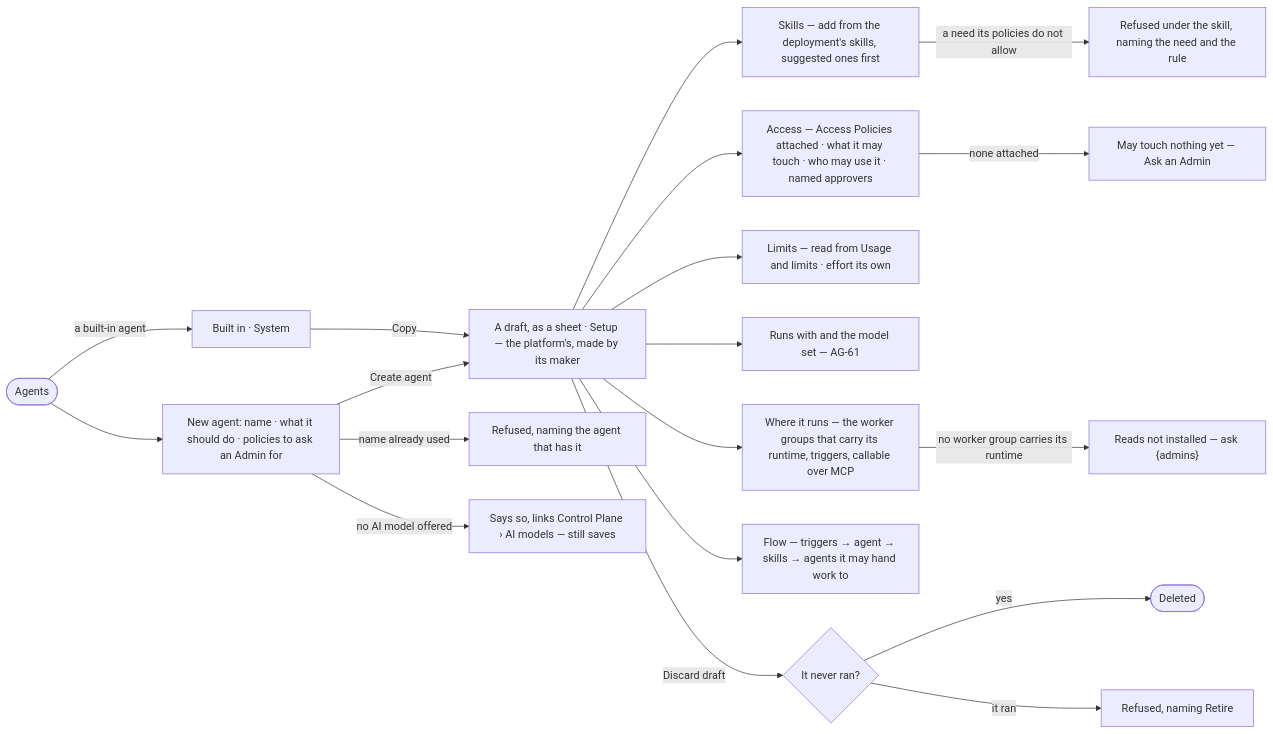
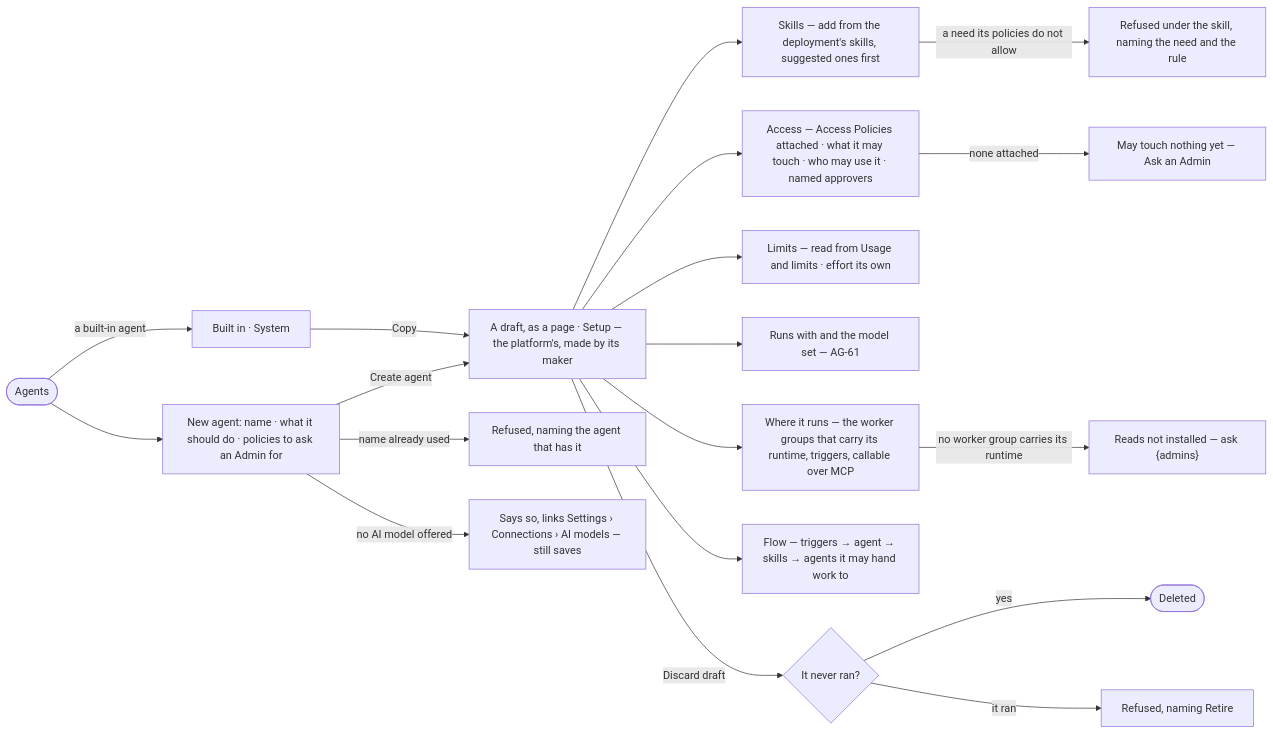
The diagram in specs/capabilities/agents/features/AG-F01-build-an-agent/stories/AG-21-draft-an-agent-and-see-what-it-will-do/story.md (invana/invana), drawn with Mermaid before and after one commit. The commit also changed other lines of this file and 456 other files, not shown here.

````diff
--- a/specs/capabilities/agents/features/AG-F01-build-an-agent/stories/AG-21-draft-an-agent-and-see-what-it-will-do/story.md
+++ b/specs/capabilities/agents/features/AG-F01-build-an-agent/stories/AG-21-draft-an-agent-and-see-what-it-will-do/story.md
@@ -30,20 +29,20 @@
 ```mermaid
 flowchart LR
   a([Agents]) --> n["New agent: name · what it should do · policies to ask an Admin for"]
   a -->|a built-in agent| bi["Built in · System"] -->|Copy| d
   n -->|name already used| x1["Refused, naming the agent that has it"]
-  n -->|no AI model offered| x3["Says so, links Control Plane › AI models — still saves"]
-  n -->|Create agent| d["A draft, as a sheet · Setup — the platform's, made by its maker"]
+  n -->|no AI model offered| x3["Says so, links Settings › Connections › AI models — still saves"]
+  n -->|Create agent| d["A draft, as a page · Setup — the platform's, made by its maker"]
   d --> sk["Skills — add from the deployment's skills, suggested ones first"]
   sk -->|a need its policies do not allow| m["Refused under the skill, naming the need and the rule"]
   d --> acc["Access — Access Policies attached · what it may touch · who may use it · named approvers"]
   acc -->|none attached| na["May touch nothing yet — Ask an Admin"]
   d --> lim["Limits — read from Usage and limits · effort its own"]
   d --> rw["Runs with and the model set — AG-61"]
   d --> dep["Where it runs — the worker groups that carry its runtime, triggers, callable over MCP"]
   dep -->|no worker group carries its runtime| dx["Reads not installed — ask {admins}"]
   d --> fl["Flow — triggers → agent → skills → agents it may hand work to"]
   d -->|Discard draft| dd{It never ran?}
   dd -->|yes| gone([Deleted])
   dd -->|it ran| ddx["Refused, naming Retire"]
 ```
````
